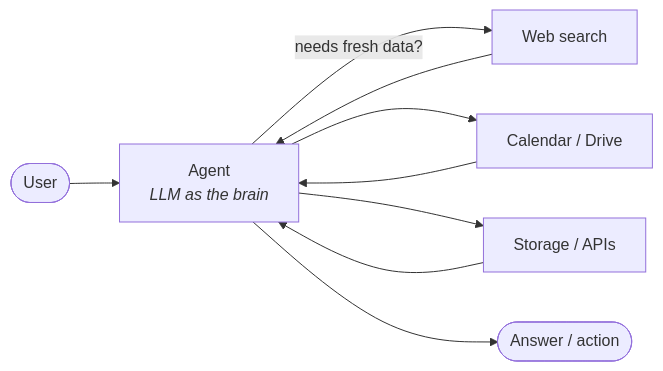
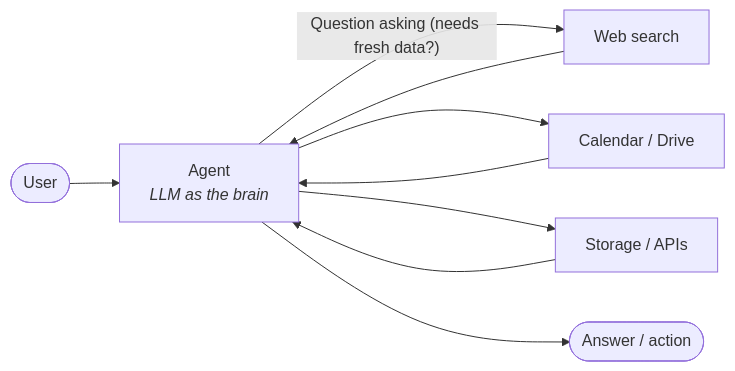
Before and after one commit to CNAM-ECE/agentic-ai: the third of 3 diagrams in docs/notes/01-evolution-from-llms-to-agentic-ai.md, drawn with Mermaid. The commit also changed other lines of this file and 25 other files, not shown here.

````diff
--- a/docs/notes/01-evolution-from-llms-to-agentic-ai.md
+++ b/docs/notes/01-evolution-from-llms-to-agentic-ai.md
@@ -51,9 +51,9 @@
 ```mermaid
 flowchart LR
     U(["User"]) --> A["Agent<br/><i>LLM as the brain</i>"]
-    A -->|"needs fresh data?"| T1["Web search"]
+    A -->|"Question asking (needs fresh data?)"| T1["Web search"]
     A --> T2["Calendar / Drive"]
     A --> T3["Storage / APIs"]
     T1 & T2 & T3 --> A
     A --> R(["Answer / action"])
 ```
````
